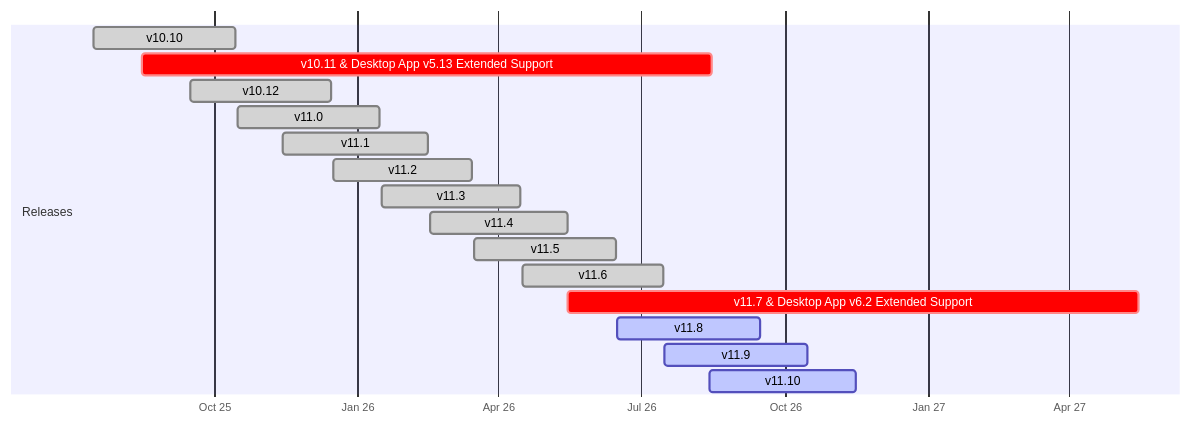
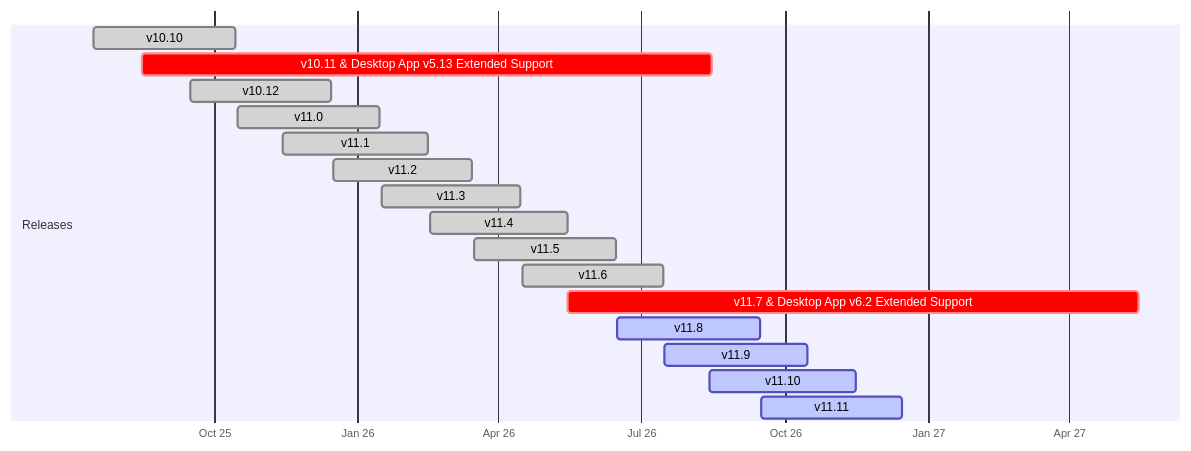
One commit to mattermost/docs changed the diagram in source/product-overview/release-policy.md. Above: the diagram before and after it, drawn with Mermaid.

````diff
--- a/source/product-overview/release-policy.md
+++ b/source/product-overview/release-policy.md
@@ -44,22 +44,23 @@
 ```{mermaid}
 
 gantt
     dateFormat  YYYY-MM-DD
     axisFormat  %b %y
 
     section Releases
     v10.10                 :done, 2025-07-16, 2025-10-15
     v10.11 & Desktop App v5.13 Extended Support :crit,    2025-08-16, 2026-08-15
     v10.12                 :done, 2025-09-16, 2025-12-15
     v11.0                  :done, 2025-10-16, 2026-01-15
     v11.1                  :done, 2025-11-14, 2026-02-15
     v11.2                  :done, 2025-12-16, 2026-03-15
     v11.3                  :done, 2026-01-16, 2026-04-15
     v11.4                  :done, 2026-02-16, 2026-05-15
     v11.5                  :done, 2026-03-16, 2026-06-15
     v11.6                  :done, 2026-04-16, 2026-07-15
     v11.7 & Desktop App v6.2 Extended Support :crit,    2026-05-15, 2027-05-15
     v11.8                  :active, 2026-06-16, 2026-09-15
     v11.9                  :active, 2026-07-16, 2026-10-15
     v11.10                 :active, 2026-08-14, 2026-11-15
+    v11.11                 :active, 2026-09-16, 2026-12-15
 ```
````
